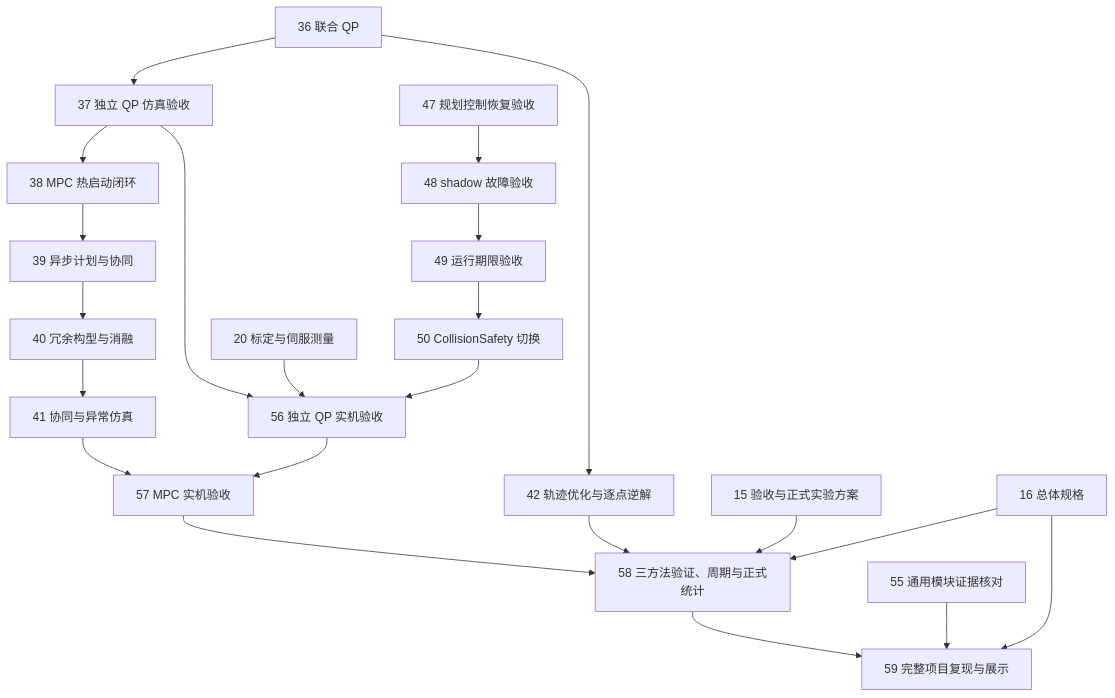
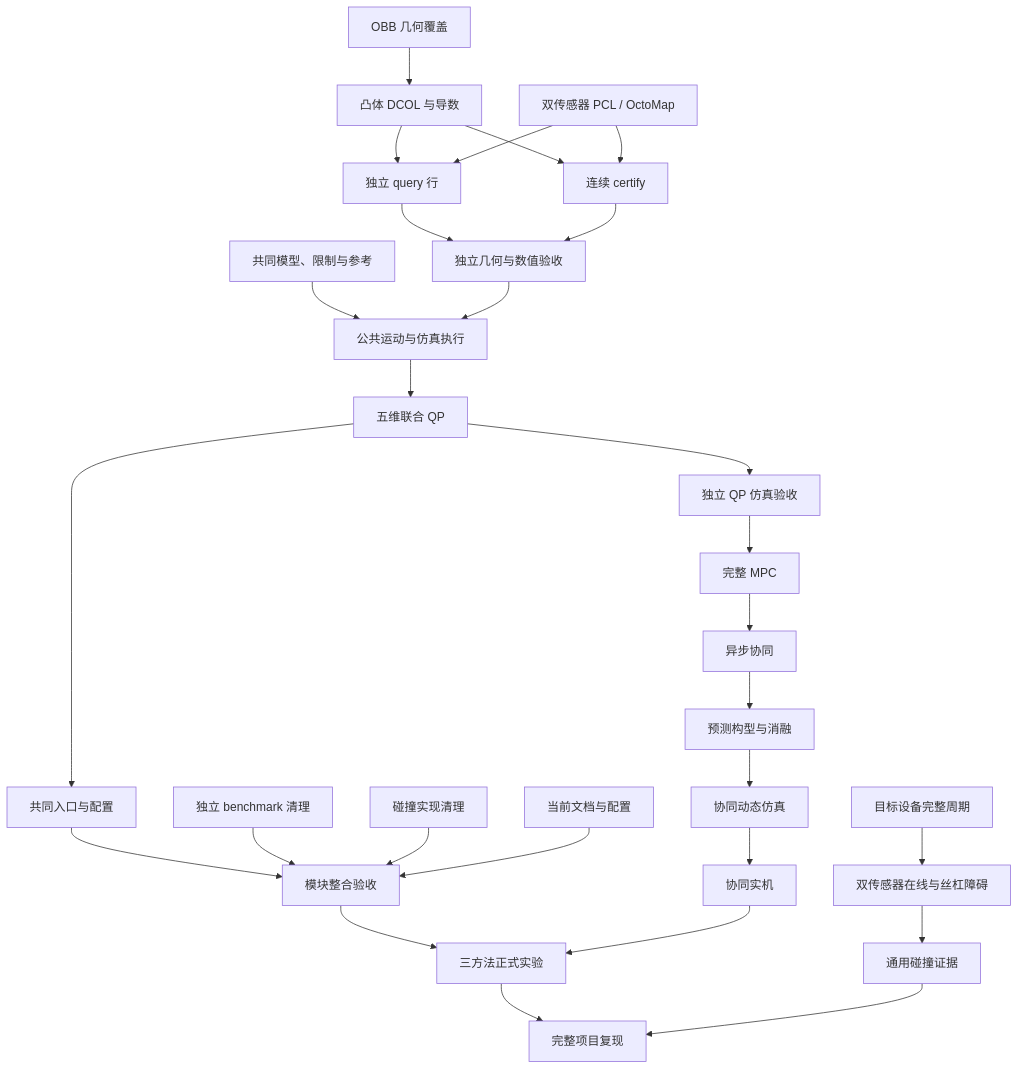
The diagram in docs/planning/nineaxis-full-project/dependencies.md (Shiningliu1011/nineaxis_safecontrol), drawn with Mermaid before and after one commit. The commit also changed other lines of this file and 16 other files, not shown here.

````diff
--- a/docs/planning/nineaxis-full-project/dependencies.md
+++ b/docs/planning/nineaxis-full-project/dependencies.md
@@ -11,24 +11,30 @@
 ```mermaid
 flowchart TD
-    n36["36 联合 QP"] --> n37["37 独立 QP 仿真验收"]
-    n37 --> n38["38 MPC 热启动闭环"]
-    n38 --> n39["39 异步计划与协同"]
-    n39 --> n40["40 冗余构型与消融"]
-    n40 --> n41["41 协同与异常仿真"]
-    n47["47 规划控制恢复验收"] --> n48["48 shadow 故障验收"]
-    n48 --> n49["49 运行期限验收"]
-    n49 --> n50["50 CollisionSafety 切换"]
-    n20["20 标定与伺服测量"] --> n56["56 独立 QP 实机验收"]
-    n37 --> n56
-    n50 --> n56
-    n41 --> n57["57 MPC 实机验收"]
-    n56 --> n57
-    n36 --> n42["42 轨迹优化与逐点逆解"]
-    n42 --> n58["58 三方法验证、周期与正式统计"]
-    n15["15 验收与正式实验方案"] --> n58
-    n16["16 总体规格"] --> n58
-    n57 --> n58
-    n58 --> n59["59 完整项目复现与展示"]
-    n16 --> n59
-    n55["55 通用模块证据核对"] --> n59
+    OBB["OBB 几何覆盖"] --> DCOL["凸体 DCOL 与导数"]
+    DCOL --> Query["独立 query 行"]
+    DCOL --> Certify["连续 certify"]
+    Sensors["双传感器 PCL / OctoMap"] --> Query
+    Sensors --> Certify
+    Query --> Geometry["独立几何与数值验收"]
+    Certify --> Geometry
+    Reuse["共同模型、限制与参考"] --> Motion["公共运动与仿真执行"]
+    Geometry --> Motion
+    Motion --> QP["五维联合 QP"]
+    QP --> Entry["共同入口与配置"]
+    Entry --> Integration["模块整合验收"]
+    Benchmark["独立 benchmark 清理"] --> Integration
+    Cleanup["碰撞实现清理"] --> Integration
+    Docs["当前文档与配置"] --> Integration
+    QP --> Sim["独立 QP 仿真验收"]
+    Sim --> MPC["完整 MPC"]
+    MPC --> Async["异步协同"]
+    Async --> Redundancy["预测构型与消融"]
+    Redundancy --> DynamicSim["协同动态仿真"]
+    DynamicSim --> Hardware["协同实机"]
+    Deadline["目标设备完整周期"] --> Online["双传感器在线与丝杠障碍"]
+    Online --> CollisionEvidence["通用碰撞证据"]
+    Integration --> Comparison["三方法正式实验"]
+    Hardware --> Comparison
+    Comparison --> Final["完整项目复现"]
+    CollisionEvidence --> Final
 ```
````
